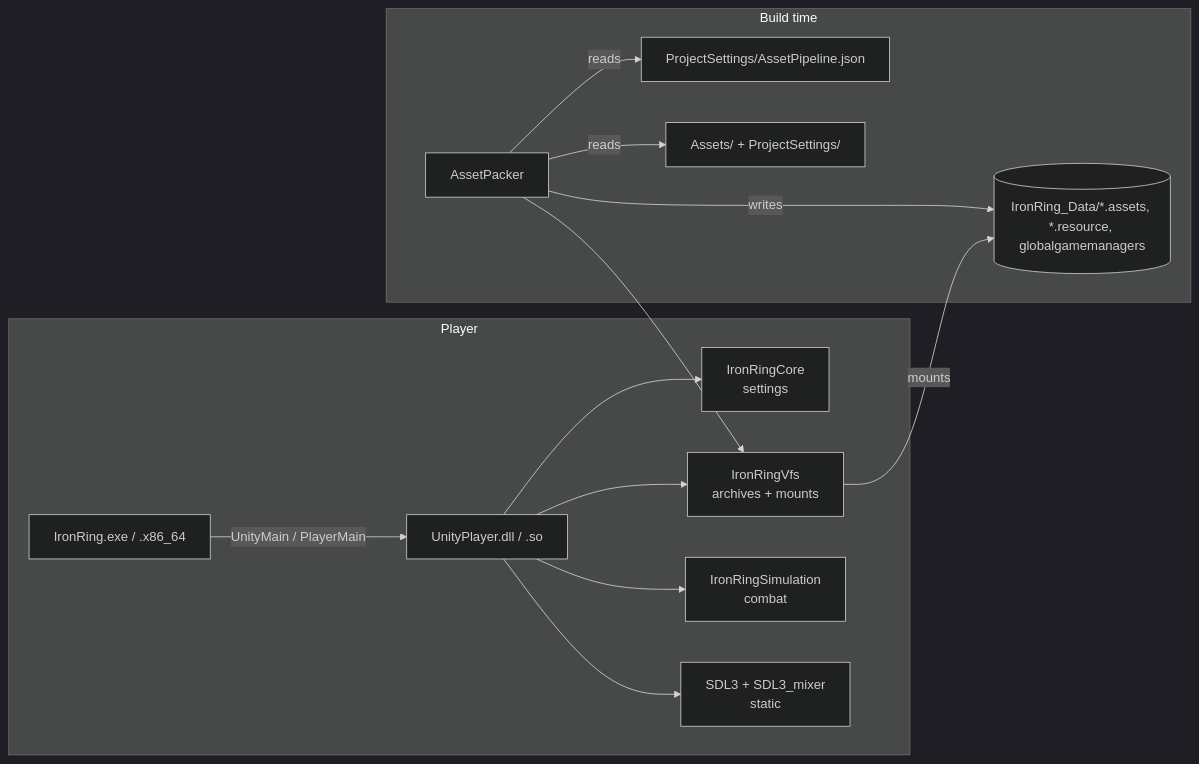
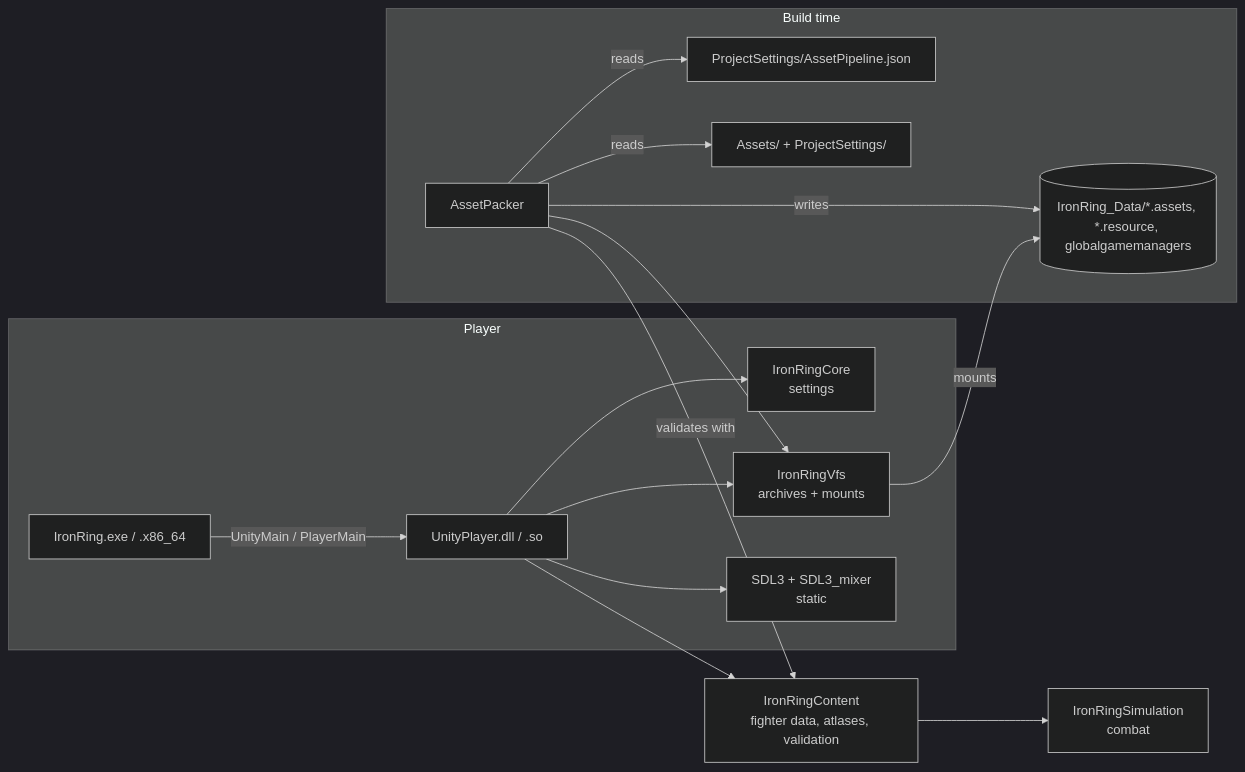
The diagram in docs/architecture.md (dkapusta/iron-ring), drawn with Mermaid (dark theme) before and after one commit. The commit also changed other lines of this file and 18 other files, not shown here.

````diff
--- a/docs/architecture.md
+++ b/docs/architecture.md
@@ -5,17 +5,19 @@
 ```mermaid
 flowchart LR
     subgraph Build time
         AP[AssetPacker] -->|reads| PS[ProjectSettings/AssetPipeline.json]
         AP -->|reads| AS[Assets/ + ProjectSettings/]
         AP -->|writes| DATA[(IronRing_Data/*.assets, *.resource, globalgamemanagers)]
     end
     subgraph Player
         EXE[IronRing.exe / .x86_64] -->|UnityMain / PlayerMain| ENG[UnityPlayer.dll / .so]
         ENG --> CORE[IronRingCore\nsettings]
         ENG --> VFS[IronRingVfs\narchives + mounts]
-        ENG --> SIM[IronRingSimulation\ncombat]
         ENG --> SDL[SDL3 + SDL3_mixer\nstatic]
         VFS -->|mounts| DATA
     end
+    CON[IronRingContent\nfighter data, atlases, validation] --> SIM[IronRingSimulation\ncombat]
+    ENG --> CON
+    AP -->|validates with| CON
     AP --> VFS
 ```
````
